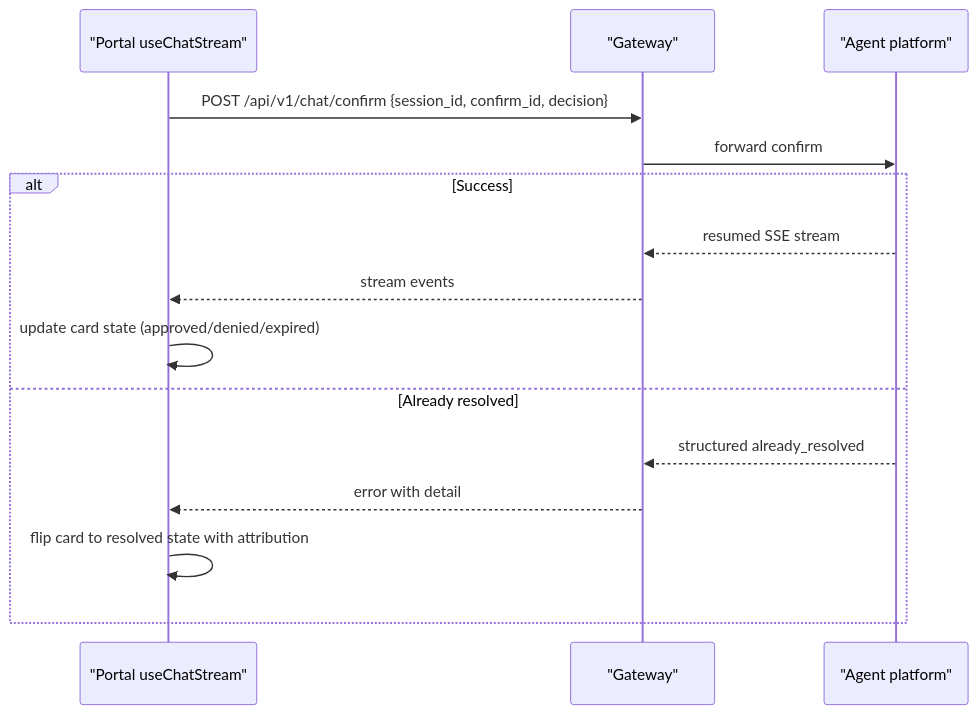
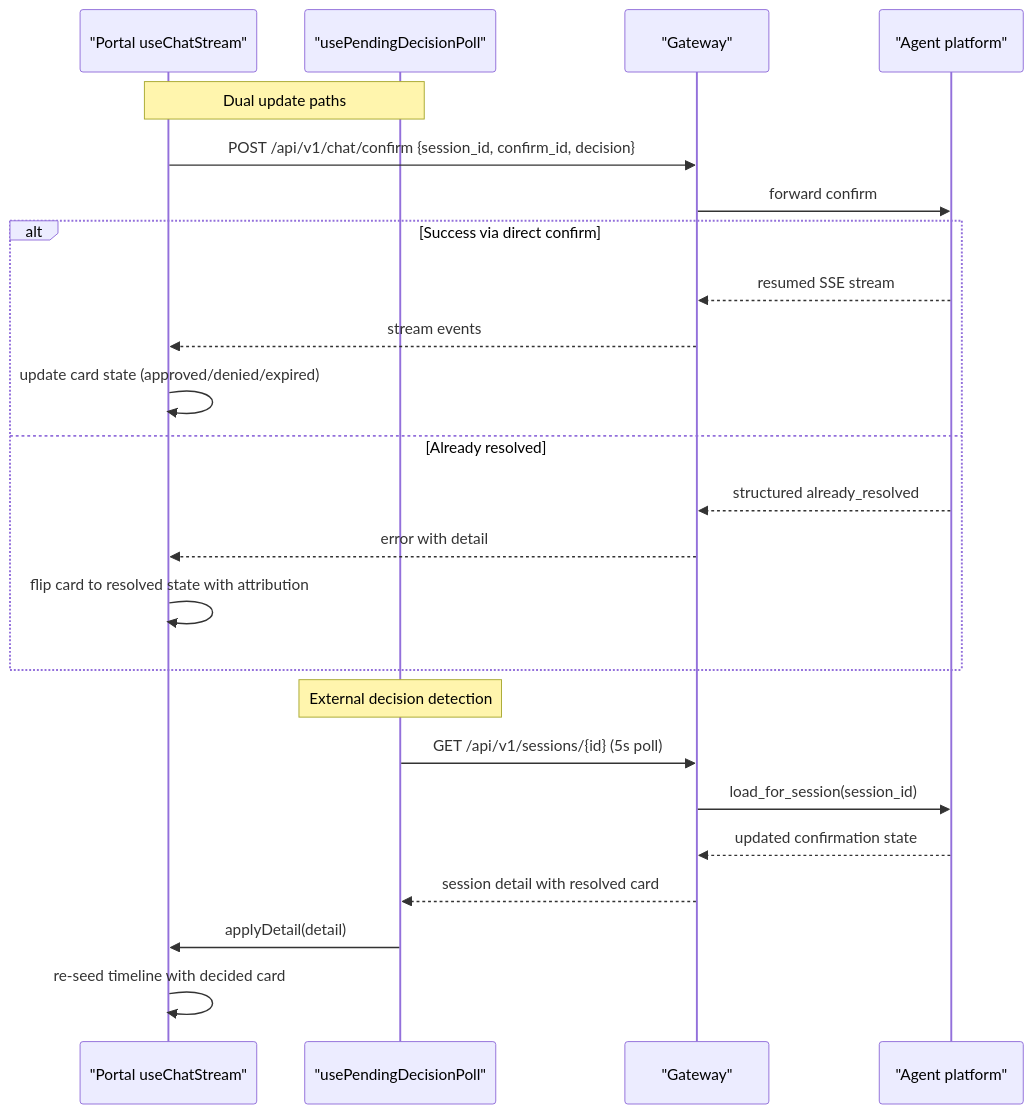
One commit to metasync/luban-aiops changed the seventh of 8 diagrams in .qoder/repowiki/en/content/Architecture Documentation/SPEC-031_ Approval Inbox and Persistent Confirmation Cards.md. Above: the diagram before and after it, drawn with Mermaid. The commit also changed other lines of this file and 18 other files, not shown here.

````diff
--- a/.qoder/repowiki/en/content/Architecture Documentation/SPEC-031_ Approval Inbox and Persistent Confirmation Cards.md
+++ b/.qoder/repowiki/en/content/Architecture Documentation/SPEC-031_ Approval Inbox and Persistent Confirmation Cards.md
@@ -271,17 +336,26 @@
 ```mermaid
 sequenceDiagram
 participant Portal as "Portal useChatStream"
+participant PollHook as "usePendingDecisionPoll"
 participant Gateway as "Gateway"
 participant Agent as "Agent platform"
+Note over Portal,PollHook : Dual update paths
 Portal->>Gateway : POST /api/v1/chat/confirm {session_id, confirm_id, decision}
 Gateway->>Agent : forward confirm
-alt Success
+alt Success via direct confirm
 Agent-->>Gateway : resumed SSE stream
 Gateway-->>Portal : stream events
 Portal->>Portal : update card state (approved/denied/expired)
 else Already resolved
 Agent-->>Gateway : structured already_resolved
 Gateway-->>Portal : error with detail
 Portal->>Portal : flip card to resolved state with attribution
 end
+Note over PollHook : External decision detection
+PollHook->>Gateway : GET /api/v1/sessions/{id} (5s poll)
+Gateway->>Agent : load_for_session(session_id)
+Agent-->>Gateway : updated confirmation state
+Gateway-->>PollHook : session detail with resolved card
+PollHook->>Portal : applyDetail(detail)
+Portal->>Portal : re-seed timeline with decided card
 ```
````
